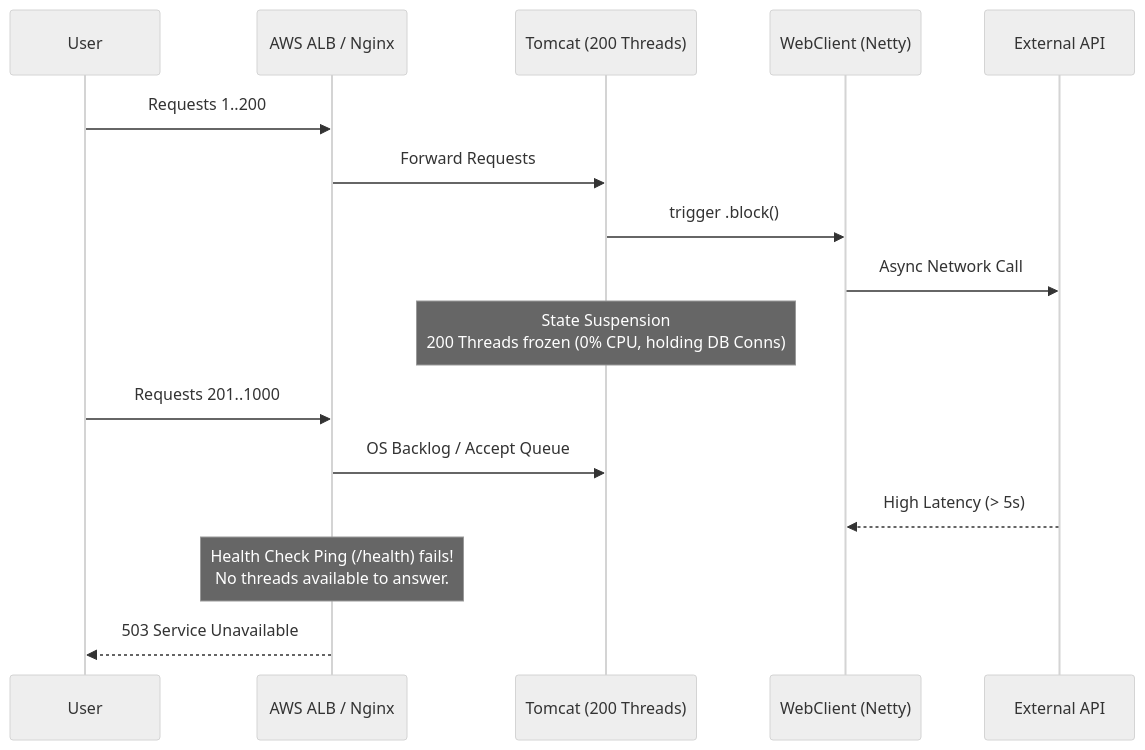
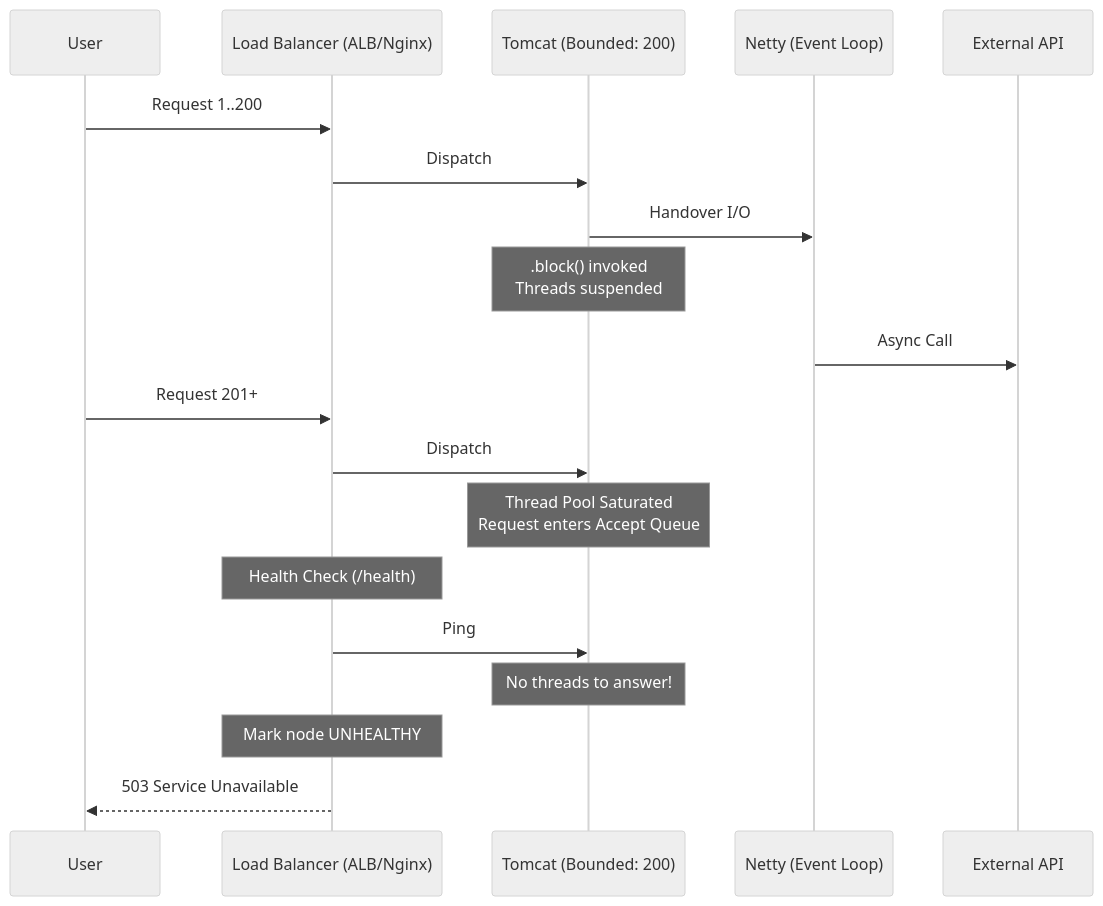
One commit to tuanhiep/principal changed the diagram in content/posts/series_4/1.the_illusion_of_non_blocking_and_thread_starvation.md. Above: the diagram before and after it, drawn with Mermaid (neutral theme). The commit also changed other lines of this file, not shown here.

Commit message:
Autopsy of a Hybrid Architecture (1/4): The Illusion of Non-Blocking & Thread Starvation

````diff
--- a/content/posts/series_4/1.the_illusion_of_non_blocking_and_thread_starvation.md
+++ b/content/posts/series_4/1.the_illusion_of_non_blocking_and_thread_starvation.md
@@ -55,22 +69,25 @@
 ```mermaid
 sequenceDiagram
     participant User
-    participant ALB as AWS ALB / Nginx
-    participant Tomcat as Tomcat (200 Threads)
-    participant WebClient as WebClient (Netty)
-    participant Partner as External API
+    participant LB as Load Balancer (ALB/Nginx)
+    participant Tomcat as Tomcat (Bounded: 200)
+    participant Netty as Netty (Event Loop)
+    participant API as External API
 
-    User->>ALB: Requests 1..200
-    ALB->>Tomcat: Forward Requests
-    Tomcat->>WebClient: trigger .block()
-    WebClient->>Partner: Async Network Call
-    Note over Tomcat: State Suspension<br/>200 Threads frozen (0% CPU, holding DB Conns)
-
-    User->>ALB: Requests 201..1000
-    ALB->>Tomcat: OS Backlog / Accept Queue
-
-    Partner-->>WebClient: High Latency (> 5s)
-
-    Note over ALB: Health Check Ping (/health) fails!<br/>No threads available to answer.
-    ALB-->>User: 503 Service Unavailable
+    User->>LB: Request 1..200
+    LB->>Tomcat: Dispatch
+    Tomcat->>Netty: Handover I/O
+    Note over Tomcat: .block() invoked<br/>Threads suspended
+    Netty->>API: Async Call
+    
+    User->>LB: Request 201+
+    LB->>Tomcat: Dispatch
+    Note over Tomcat: Thread Pool Saturated<br/>Request enters Accept Queue
+    
+    Note over LB: Health Check (/health)
+    LB->>Tomcat: Ping
+    Note over Tomcat: No threads to answer!
+    
+    Note over LB: Mark node UNHEALTHY
+    LB-->>User: 503 Service Unavailable
 ```
````
